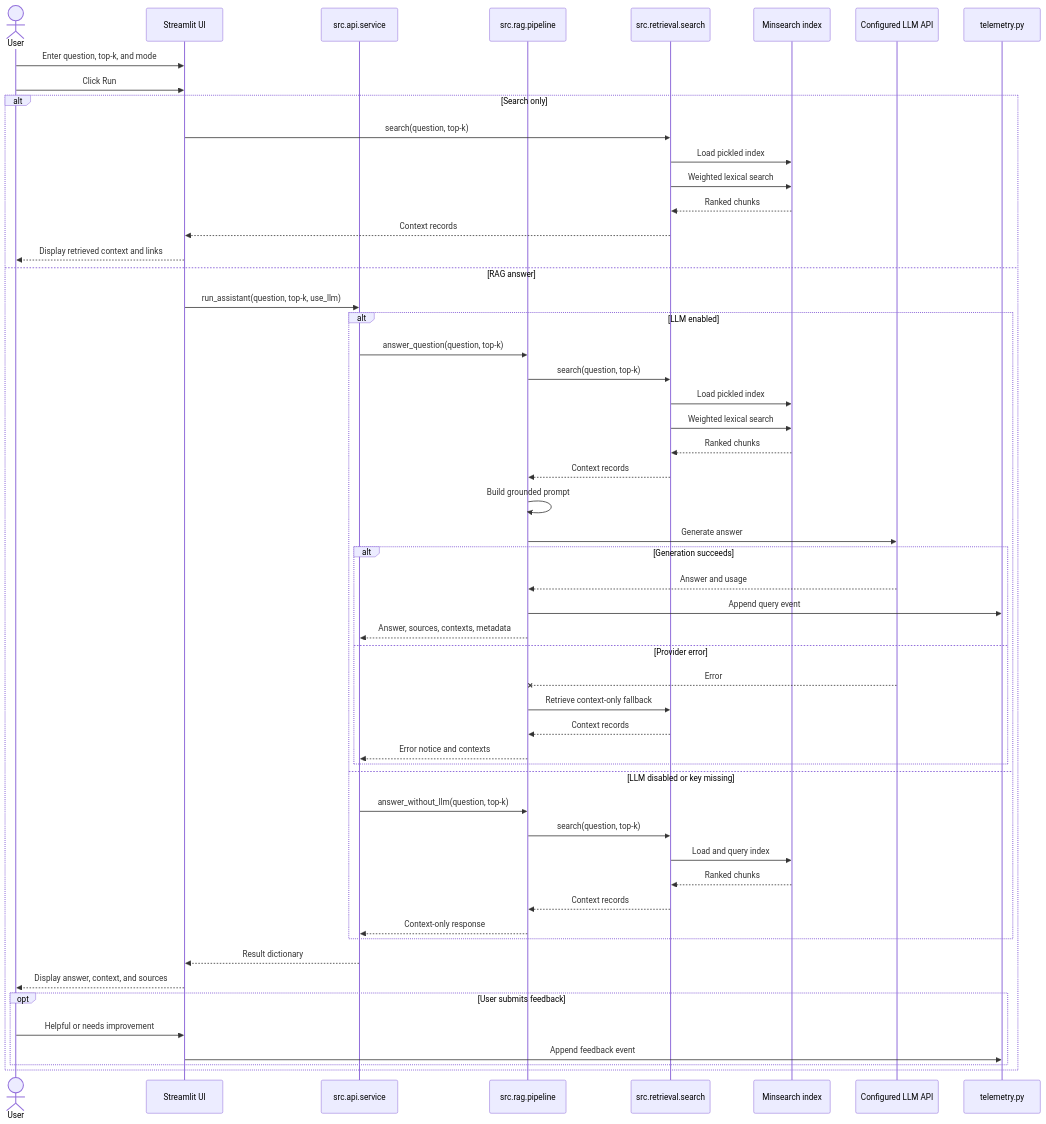
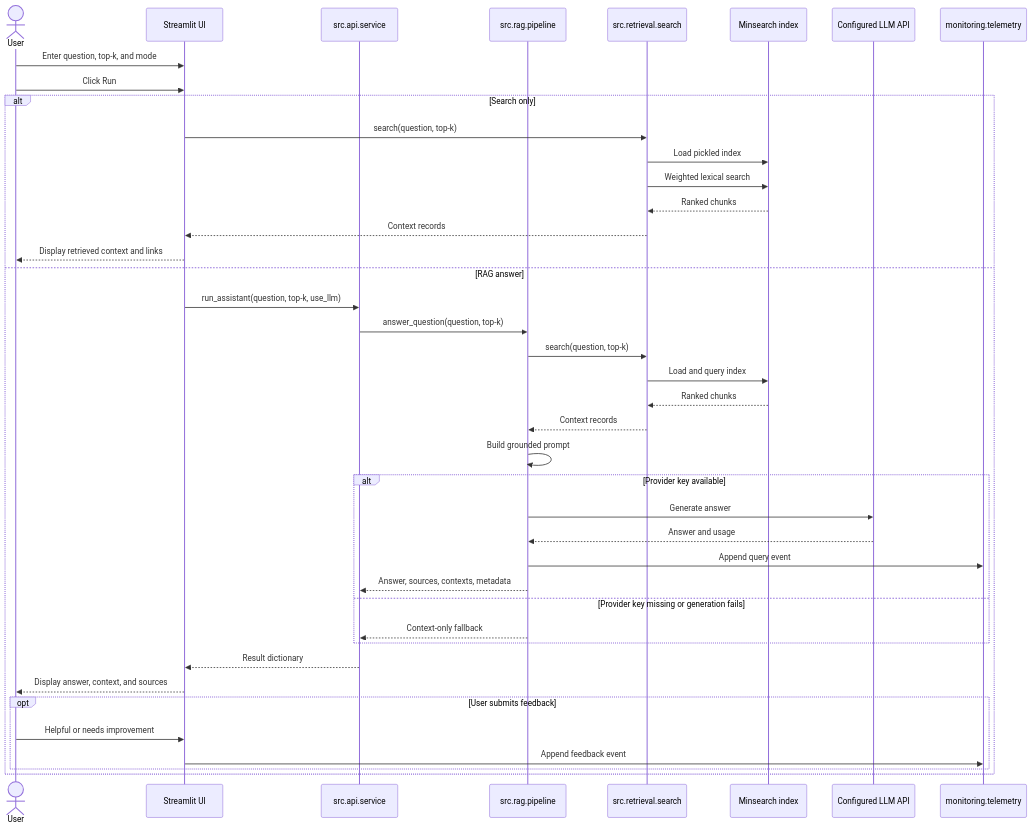
Before and after one commit to AI-Precision-Medicine-Zoomcamp/precision-oncology-data-architect-assistant: the fourth of 4 diagrams in docs/architecture.md, drawn with Mermaid. The commit also changed other lines of this file and 18 other files, not shown here.

````diff
--- a/docs/architecture.md
+++ b/docs/architecture.md
@@ -376,58 +253,45 @@
 ```mermaid
 sequenceDiagram
     actor User
     participant UI as Streamlit UI
     participant Service as src.api.service
     participant RAG as src.rag.pipeline
     participant Search as src.retrieval.search
     participant Index as Minsearch index
     participant LLM as Configured LLM API
-    participant Log as telemetry.py
+    participant Log as monitoring.telemetry
 
     User->>UI: Enter question, top-k, and mode
     User->>UI: Click Run
 
     alt Search only
         UI->>Search: search(question, top-k)
         Search->>Index: Load pickled index
         Search->>Index: Weighted lexical search
         Index-->>Search: Ranked chunks
         Search-->>UI: Context records
         UI-->>User: Display retrieved context and links
     else RAG answer
         UI->>Service: run_assistant(question, top-k, use_llm)
-        alt LLM enabled
-            Service->>RAG: answer_question(question, top-k)
-            RAG->>Search: search(question, top-k)
-            Search->>Index: Load pickled index
-            Search->>Index: Weighted lexical search
-            Index-->>Search: Ranked chunks
-            Search-->>RAG: Context records
-            RAG->>RAG: Build grounded prompt
+        Service->>RAG: answer_question(question, top-k)
+        RAG->>Search: search(question, top-k)
+        Search->>Index: Load and query index
+        Index-->>Search: Ranked chunks
+        Search-->>RAG: Context records
+        RAG->>RAG: Build grounded prompt
+        alt Provider key available
             RAG->>LLM: Generate answer
-            alt Generation succeeds
-                LLM-->>RAG: Answer and usage
-                RAG->>Log: Append query event
-                RAG-->>Service: Answer, sources, contexts, metadata
-            else Provider error
-                LLM--xRAG: Error
-                RAG->>Search: Retrieve context-only fallback
-                Search-->>RAG: Context records
-                RAG-->>Service: Error notice and contexts
-            end
-        else LLM disabled or key missing
-            Service->>RAG: answer_without_llm(question, top-k)
-            RAG->>Search: search(question, top-k)
-            Search->>Index: Load and query index
-            Index-->>Search: Ranked chunks
-            Search-->>RAG: Context records
-            RAG-->>Service: Context-only response
+            LLM-->>RAG: Answer and usage
+            RAG->>Log: Append query event
+            RAG-->>Service: Answer, sources, contexts, metadata
+        else Provider key missing or generation fails
+            RAG-->>Service: Context-only fallback
         end
         Service-->>UI: Result dictionary
         UI-->>User: Display answer, context, and sources
         opt User submits feedback
             User->>UI: Helpful or needs improvement
             UI->>Log: Append feedback event
         end
     end
 ```
````
